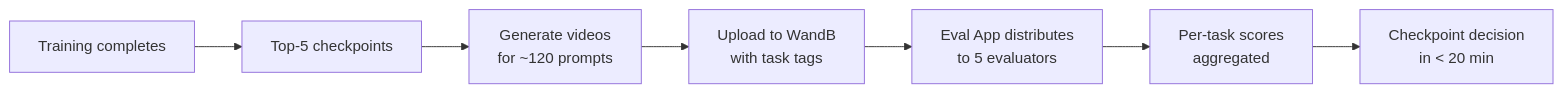
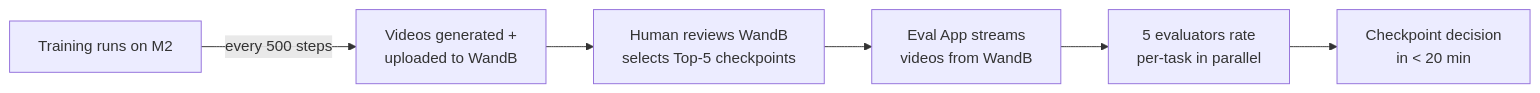
Before and after one commit to GindaChen/fastvideo-eval: the first of 5 diagrams in README.md, drawn with Mermaid. The commit also changed other lines of this file and 1 other file, not shown here.

First line of the commit message:
Correct pipeline flow + eval app design

````diff
--- a/README.md
+++ b/README.md
@@ -7,9 +7,8 @@
 ```mermaid
 graph LR
-    A[Training completes] --> B[Top-5 checkpoints]
-    B --> C[Generate videos<br/>for ~120 prompts]
-    C --> D[Upload to WandB<br/>with task tags]
-    D --> E[Eval App distributes<br/>to 5 evaluators]
-    E --> F[Per-task scores<br/>aggregated]
-    F --> G[Checkpoint decision<br/>in < 20 min]
+    A[Training runs on M2] -->|every 500 steps| B[Videos generated +<br/>uploaded to WandB]
+    B --> C[Human reviews WandB<br/>selects Top-5 checkpoints]
+    C --> D[Eval App streams<br/>videos from WandB]
+    D --> E[5 evaluators rate<br/>per-task in parallel]
+    E --> F[Checkpoint decision<br/>in < 20 min]
 ```
````
